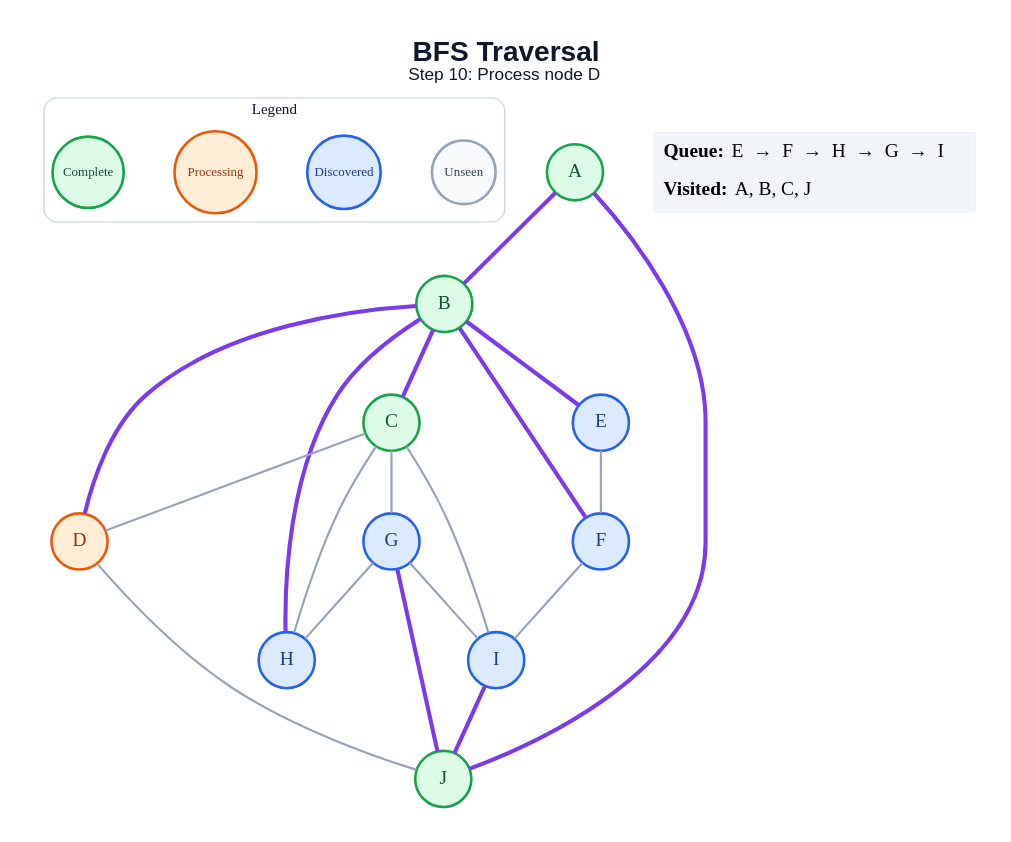
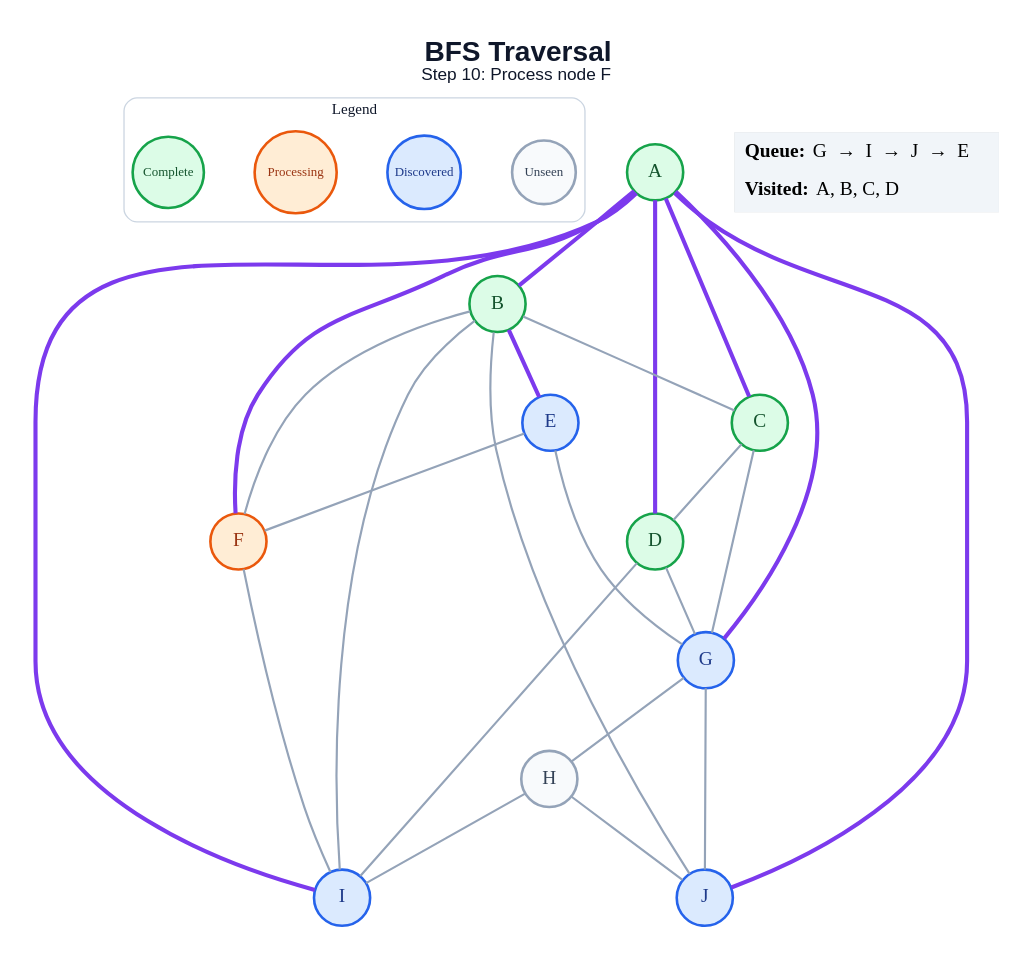
Before and after one commit to anon7238593-create/ai-slop: the diagram in generated/bfs/step_10.dot, drawn with Graphviz. The commit also changed 178 other files, not shown here.

```diff
--- a/generated/bfs/step_10.dot
+++ b/generated/bfs/step_10.dot
@@ -1,47 +1,52 @@
 graph traversal {
   graph [layout=dot, rankdir=TB, bgcolor="#FFFFFF", pad="0.35", nodesep="0.65", ranksep="0.8", fontname="Arial"];
   node [shape=circle, style="filled", fontname="Arial Bold", fontsize=18, width=0.72, fixedsize=true, penwidth=2.4];
   edge [color="#94A3B8", penwidth=2.0];
-  label=<<B>BFS Traversal</B><BR/><FONT POINT-SIZE="16">Step 10: Process node D</FONT>>; labelloc="t"; fontsize=26; fontname="Arial"; fontcolor="#0F172A";
+  label=<<B>BFS Traversal</B><BR/><FONT POINT-SIZE="16">Step 10: Process node F</FONT>>; labelloc="t"; fontsize=26; fontname="Arial"; fontcolor="#0F172A";
   subgraph cluster_legend { label="Legend"; color="#CBD5E1"; penwidth=1.2; style="rounded"; fontsize=14; fontname="Arial Bold";
     key_unseen [label="Unseen", fillcolor="#F8FAFC", color="#94A3B8", fontcolor="#334155", fontsize=12, width=0.82];
     key_frontier [label="Discovered", fillcolor="#DBEAFE", color="#2563EB", fontcolor="#1E3A8A", fontsize=12, width=0.95];
     key_current [label="Processing", fillcolor="#FFEDD5", color="#EA580C", fontcolor="#9A3412", fontsize=12, width=1.05];
     key_done [label="Complete", fillcolor="#DCFCE7", color="#16A34A", fontcolor="#14532D", fontsize=12, width=0.92];
     { rank=same; key_unseen; key_frontier; key_current; key_done; }
   }
   A [fillcolor="#DCFCE7", color="#16A34A", fontcolor="#14532D"];
   B [fillcolor="#DCFCE7", color="#16A34A", fontcolor="#14532D"];
   C [fillcolor="#DCFCE7", color="#16A34A", fontcolor="#14532D"];
-  D [fillcolor="#FFEDD5", color="#EA580C", fontcolor="#9A3412"];
+  D [fillcolor="#DCFCE7", color="#16A34A", fontcolor="#14532D"];
   E [fillcolor="#DBEAFE", color="#2563EB", fontcolor="#1E3A8A"];
-  F [fillcolor="#DBEAFE", color="#2563EB", fontcolor="#1E3A8A"];
+  F [fillcolor="#FFEDD5", color="#EA580C", fontcolor="#9A3412"];
   G [fillcolor="#DBEAFE", color="#2563EB", fontcolor="#1E3A8A"];
-  H [fillcolor="#DBEAFE", color="#2563EB", fontcolor="#1E3A8A"];
+  H [fillcolor="#F8FAFC", color="#94A3B8", fontcolor="#334155"];
   I [fillcolor="#DBEAFE", color="#2563EB", fontcolor="#1E3A8A"];
-  J [fillcolor="#DCFCE7", color="#16A34A", fontcolor="#14532D"];
+  J [fillcolor="#DBEAFE", color="#2563EB", fontcolor="#1E3A8A"];
   A -- B [color="#7C3AED", penwidth=3.8];
+  A -- C [color="#7C3AED", penwidth=3.8];
+  A -- D [color="#7C3AED", penwidth=3.8];
+  A -- F [color="#7C3AED", penwidth=3.8];
+  A -- G [color="#7C3AED", penwidth=3.8];
+  A -- I [color="#7C3AED", penwidth=3.8];
   A -- J [color="#7C3AED", penwidth=3.8];
-  B -- C [color="#7C3AED", penwidth=3.8];
-  B -- D [color="#7C3AED", penwidth=3.8];
+  B -- C;
   B -- E [color="#7C3AED", penwidth=3.8];
-  B -- F [color="#7C3AED", penwidth=3.8];
-  B -- H [color="#7C3AED", penwidth=3.8];
+  B -- F;
+  B -- I;
+  B -- J;
   C -- D;
   C -- G;
-  C -- H;
-  C -- I;
-  D -- J;
+  D -- G;
+  D -- I;
   E -- F;
+  E -- G;
   F -- I;
   G -- H;
-  G -- I;
-  G -- J [color="#7C3AED", penwidth=3.8];
-  I -- J [color="#7C3AED", penwidth=3.8];
+  G -- J;
+  H -- I;
+  H -- J;
   status [shape=plain, fixedsize=false, width=0, height=0, margin=0, label=<
     <TABLE BORDER="0" CELLBORDER="0" CELLPADDING="7" BGCOLOR="#F1F5F9">
-      <TR><TD ALIGN="LEFT"><B>Queue:</B> E  →  F  →  H  →  G  →  I</TD></TR>
-      <TR><TD ALIGN="LEFT"><B>Visited:</B> A, B, C, J</TD></TR>
+      <TR><TD ALIGN="LEFT"><B>Queue:</B> G  →  I  →  J  →  E</TD></TR>
+      <TR><TD ALIGN="LEFT"><B>Visited:</B> A, B, C, D</TD></TR>
     </TABLE>
   >];
 }
```
